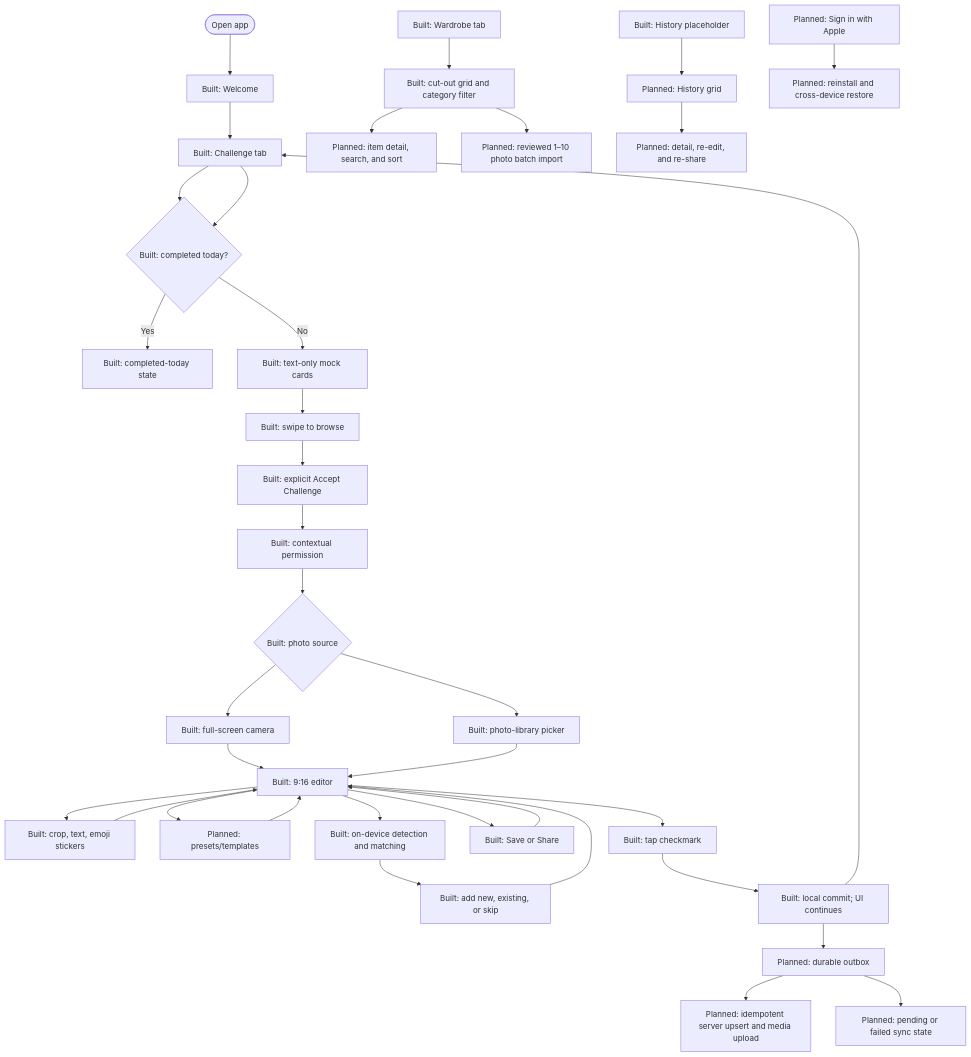
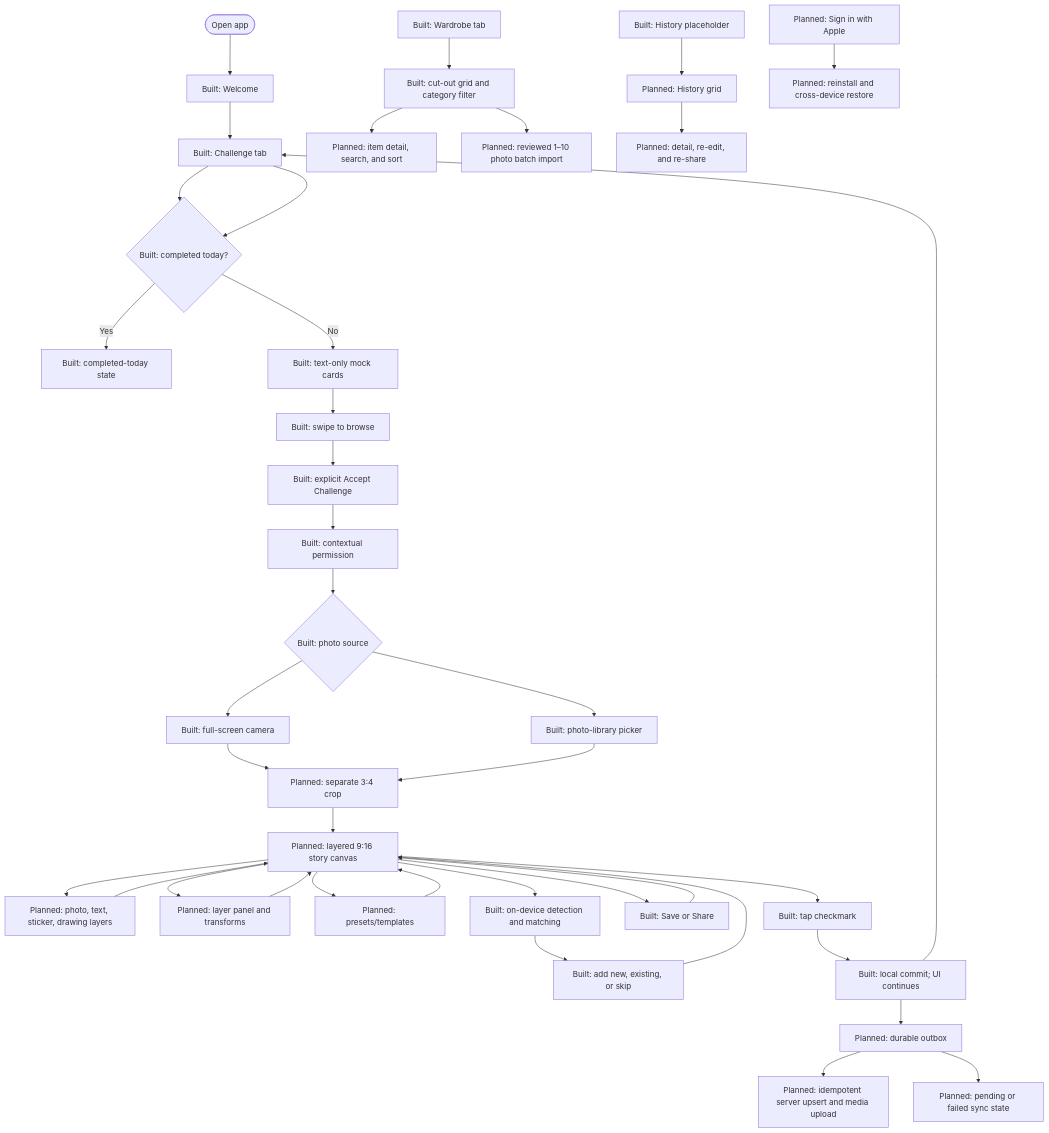
Before and after one commit to ayungavis/wardrobe-app: the diagram in docs/prd.md, drawn with Mermaid. The commit also changed other lines of this file and 1 other file, not shown here.

````diff
--- a/docs/prd.md
+++ b/docs/prd.md
@@ -151,46 +157,49 @@
 ```mermaid
 flowchart TD
     start(["Open app"])
     welcome["Built: Welcome"]
     challenge["Built: Challenge tab"]
     completed{"Built: completed today?"}
     done["Built: completed-today state"]
     textCards["Built: text-only mock cards"]
     browse["Built: swipe to browse"]
     accept["Built: explicit Accept Challenge"]
     cameraConsent["Built: contextual permission"]
     source{"Built: photo source"}
     camera["Built: full-screen camera"]
     picker["Built: photo-library picker"]
-    editor["Built: 9:16 editor"]
-    tools["Built: crop, text, emoji stickers"]
+    crop["Planned: separate 3:4 crop"]
+    editor["Planned: layered 9:16 story canvas"]
+    tools["Planned: photo, text, sticker, drawing layers"]
+    layerPanel["Planned: layer panel and transforms"]
     templates["Planned: presets/templates"]
     scan["Built: on-device detection and matching"]
     itemDrawer["Built: add new, existing, or skip"]
     shareSave["Built: Save or Share"]
     complete["Built: tap checkmark"]
     localCommit["Built: local commit; UI continues"]
     outbox["Planned: durable outbox"]
     server["Planned: idempotent server upsert and media upload"]
     syncState["Planned: pending or failed sync state"]
 
     start --> welcome --> challenge --> completed
     completed -->|"Yes"| done
     completed -->|"No"| textCards --> browse --> accept --> cameraConsent --> source
-    source --> camera --> editor
-    source --> picker --> editor
+    source --> camera --> crop --> editor
+    source --> picker --> crop
     editor --> tools --> editor
+    editor --> layerPanel --> editor
     editor --> templates --> editor
     editor --> scan --> itemDrawer --> editor
     editor --> shareSave --> editor
     editor --> complete --> localCommit --> challenge --> completed
     localCommit --> outbox --> server
     outbox --> syncState
 
     wardrobeTab["Built: Wardrobe tab"] --> wardrobeList["Built: cut-out grid and category filter"]
     wardrobeList --> wardrobeDetail["Planned: item detail, search, and sort"]
     wardrobeList --> importAction["Planned: reviewed 1–10 photo batch import"]
     historyTab["Built: History placeholder"] --> historyGrid["Planned: History grid"]
     historyGrid --> historyDetail["Planned: detail, re-edit, and re-share"]
     identity["Planned: Sign in with Apple"] --> restore["Planned: reinstall and cross-device restore"]
 ```
````
